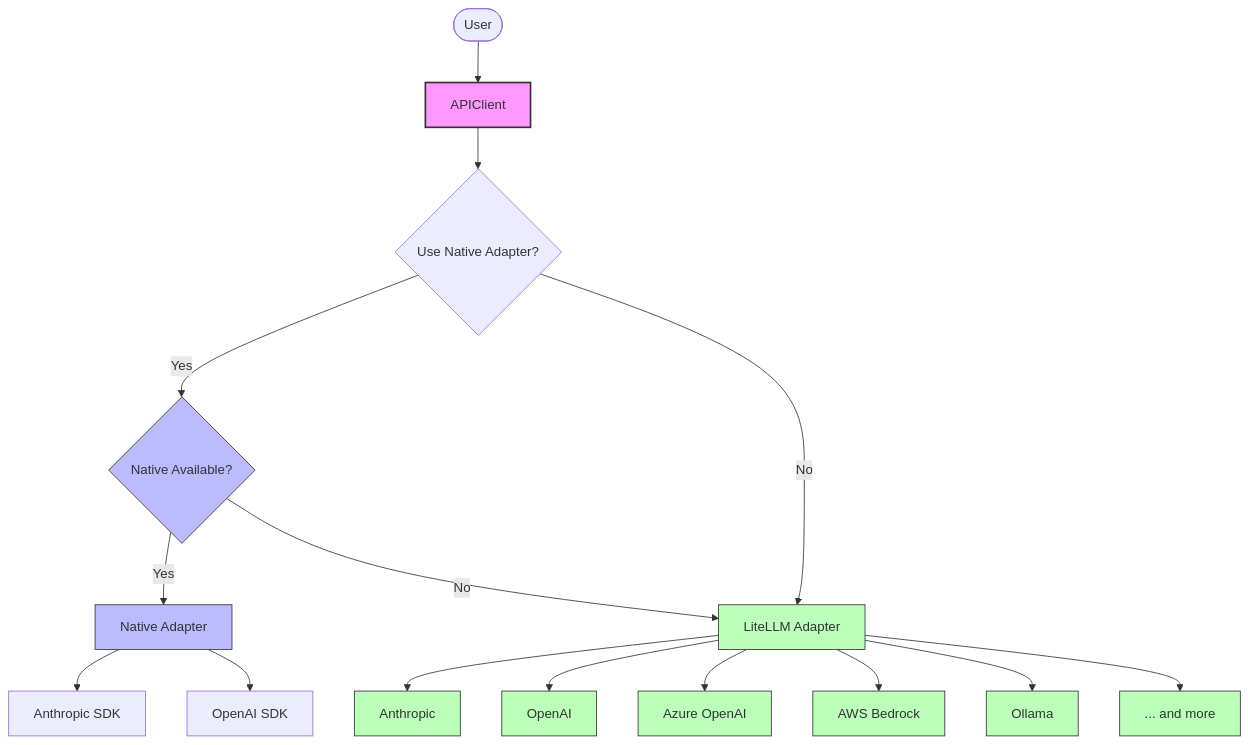
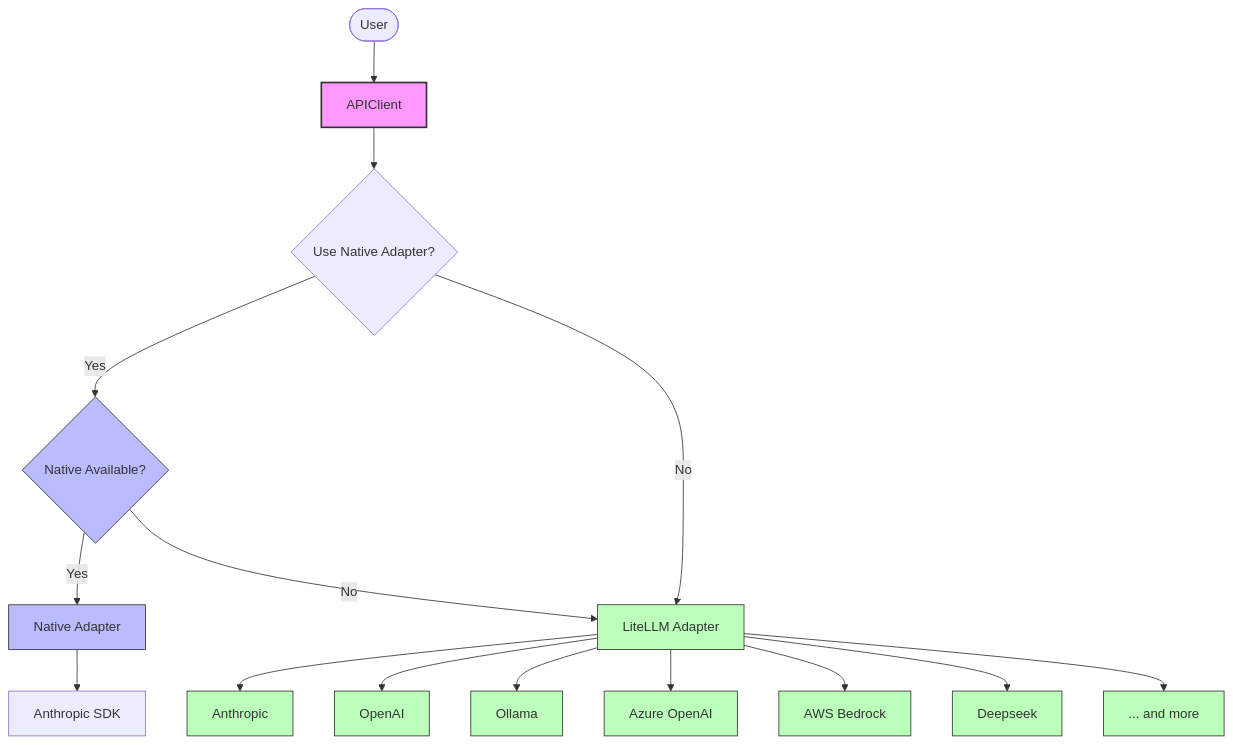
One commit to Maximooch/penguin changed the second of 3 diagrams in docs/docs/api_reference/api_client.md. Above: the diagram before and after it, drawn with Mermaid. The commit also changed other lines of this file and 3 other files, not shown here.

````diff
--- a/docs/docs/api_reference/api_client.md
+++ b/docs/docs/api_reference/api_client.md
@@ -68,30 +83,31 @@
 ```mermaid
 flowchart TD
     User([User]) --> APIClient[APIClient]
     
     APIClient --> AdapterChoice{Use Native Adapter?}
     
     AdapterChoice -- Yes --> FindNative{Native Available?}
     AdapterChoice -- No --> LiteLLM[LiteLLM Adapter]
     
     FindNative -- Yes --> NativeAdapter[Native Adapter]
     FindNative -- No --> LiteLLM
     
     NativeAdapter --> Anthropic[Anthropic SDK]
-    NativeAdapter --> OpenAI[OpenAI SDK]
     
     LiteLLM --> AnthropicLL[Anthropic]
     LiteLLM --> OpenAILL[OpenAI]
+    LiteLLM --> OllamaLL[Ollama]
     LiteLLM --> Azure[Azure OpenAI]
     LiteLLM --> Bedrock[AWS Bedrock]
-    LiteLLM --> Ollama[Ollama]
+    LiteLLM --> DeepseekLL[Deepseek]
     LiteLLM --> More[... and more]
     
     classDef client fill:#f9f,stroke:#333,stroke-width:2px
     classDef native fill:#bbf,stroke:#333,stroke-width:1px
     classDef external fill:#bfb,stroke:#333,stroke-width:1px
+    classDef planned fill:#fbb,stroke:#333,stroke-width:1px,stroke-dasharray: 5 5
     
     class APIClient client
     class NativeAdapter,FindNative native
-    class LiteLLM,AnthropicLL,OpenAILL,Azure,Bedrock,Ollama,More external
+    class LiteLLM,AnthropicLL,OpenAILL,OllamaLL,Azure,Bedrock,DeepseekLL,More external
 ```
````
